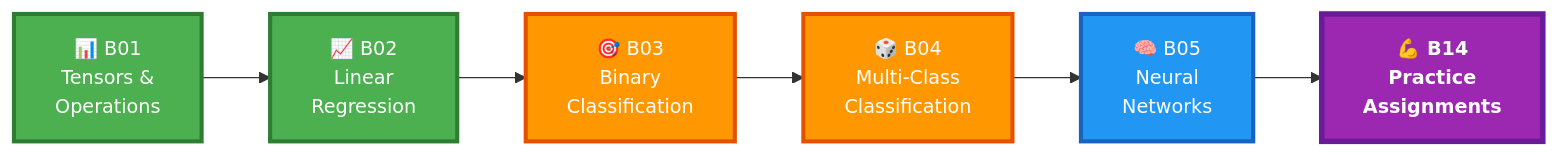
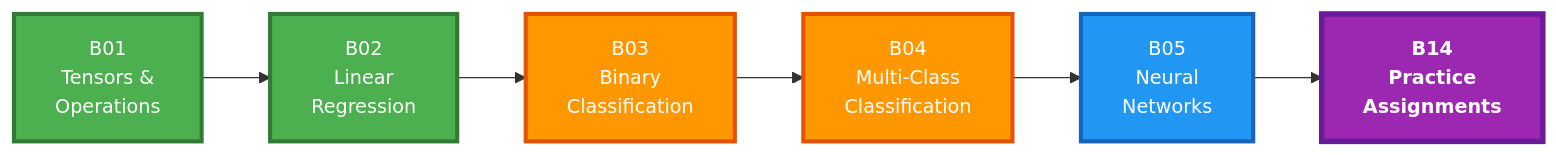
The second of 7 diagrams in MAI_STUDENT_GUIDE.md (nexageapps/AI), drawn with Mermaid before and after one commit. The commit also changed other lines of this file, not shown here.

````diff
--- a/MAI_STUDENT_GUIDE.md
+++ b/MAI_STUDENT_GUIDE.md
@@ -192,13 +192,13 @@
 ```mermaid
 graph LR
-    B01["📊 B01<br/>Tensors &<br/>Operations"]:::foundation --> B02["📈 B02<br/>Linear<br/>Regression"]:::foundation
-    B02 --> B03["🎯 B03<br/>Binary<br/>Classification"]:::intermediate
-    B03 --> B04["🎲 B04<br/>Multi-Class<br/>Classification"]:::intermediate
-    B04 --> B05["🧠 B05<br/>Neural<br/>Networks"]:::advanced
-    B05 --> B14["💪 B14<br/>Practice<br/>Assignments"]:::practice
+    B01["B01<br/>Tensors &<br/>Operations"]:::foundation --> B02["B02<br/>Linear<br/>Regression"]:::foundation
+    B02 --> B03["B03<br/>Binary<br/>Classification"]:::intermediate
+    B03 --> B04["B04<br/>Multi-Class<br/>Classification"]:::intermediate
+    B04 --> B05["B05<br/>Neural<br/>Networks"]:::advanced
+    B05 --> B14["B14<br/>Practice<br/>Assignments"]:::practice
     
     classDef foundation fill:#4CAF50,stroke:#2E7D32,stroke-width:3px,color:#fff,font-size:14px
     classDef intermediate fill:#FF9800,stroke:#E65100,stroke-width:3px,color:#fff,font-size:14px
     classDef advanced fill:#2196F3,stroke:#1565C0,stroke-width:3px,color:#fff,font-size:14px
     classDef practice fill:#9C27B0,stroke:#6A1B9A,stroke-width:4px,color:#fff,font-size:14px,font-weight:bold
 ```
````
